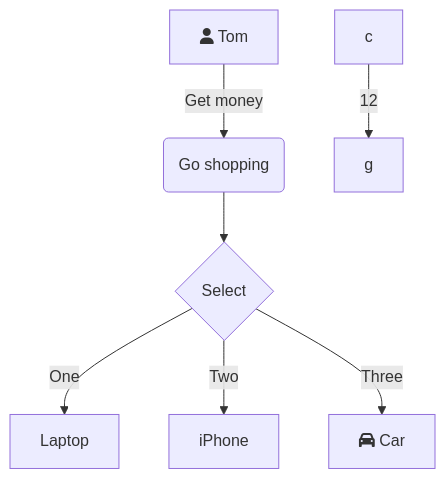
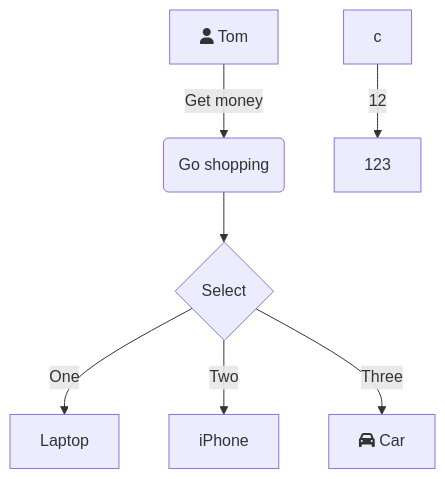
Before and after one commit to zhuzhai66/iodraw-files: the diagram in all/未命名.md, drawn with Mermaid.

Commit message:
2026-02-22 15:29:28 update

````diff
--- a/all/未命名.md
+++ b/all/未命名.md
@@ -1,9 +1,9 @@
 ```mermaid
 graph TD
     A[fa:fa-user Tom] -->|Get money| B(Go shopping)
     B --> C{Select}
     C -->|One| D[Laptop]
     C -->|Two| E[iPhone]
     C -->|Three| F[fa:fa-car Car]
-  c-->|12|g
+c-->|12|g[123]
 ```
````
